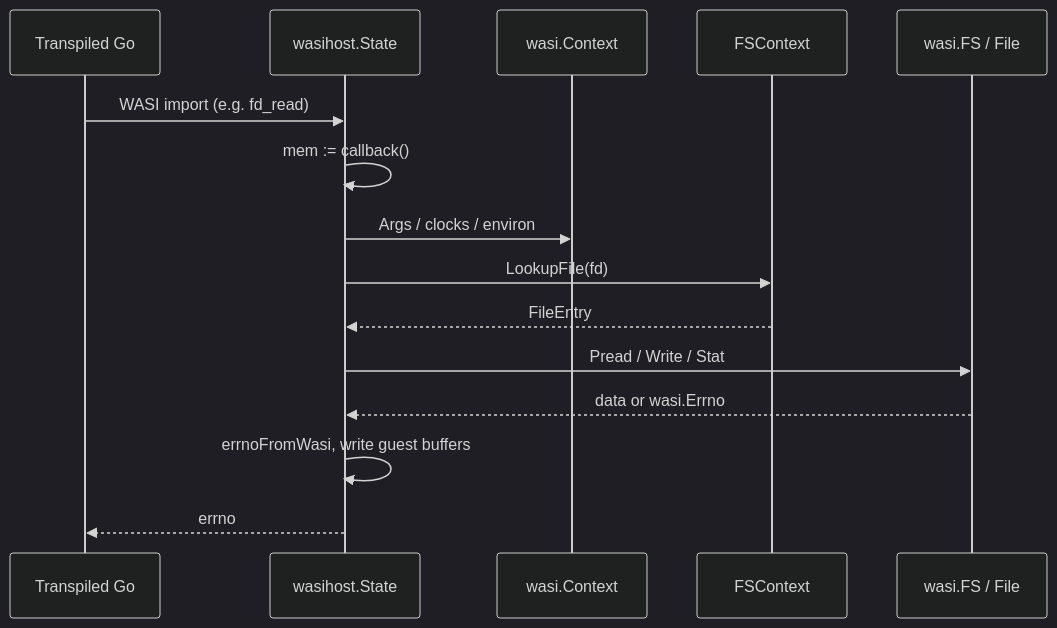
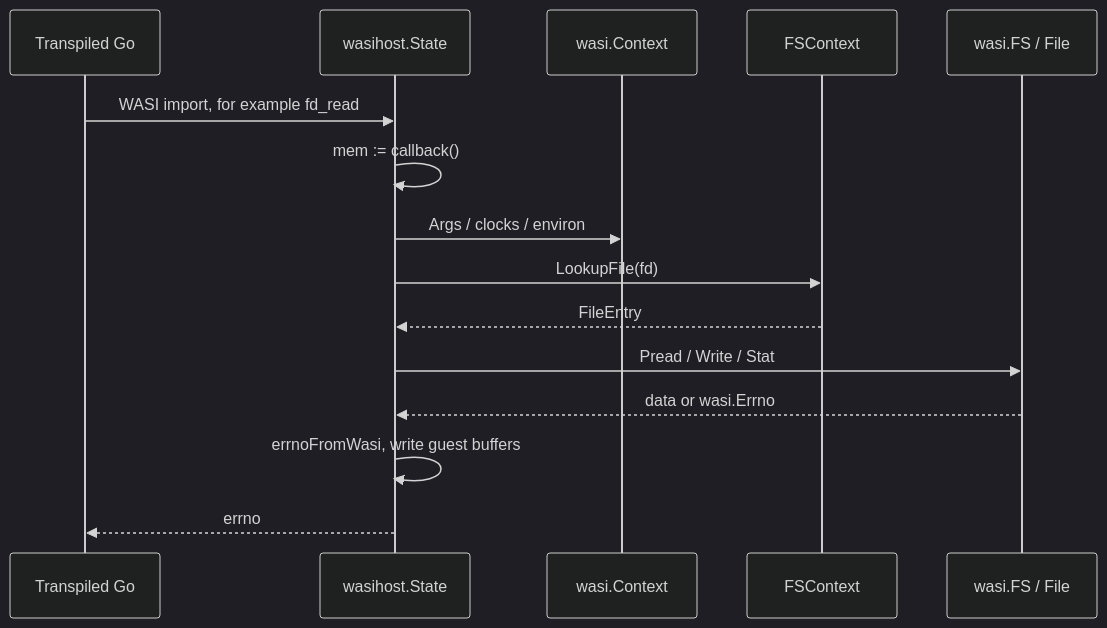
The first of 3 diagrams in ARCHITECTURE.md (lbe/wasm2go-wasi-host), drawn with Mermaid (dark theme) before and after one commit. The commit also changed other lines of this file and 41 other files, not shown here.

````diff
--- a/ARCHITECTURE.md
+++ b/ARCHITECTURE.md
@@ -65,18 +79,18 @@
 ```mermaid
 sequenceDiagram
     participant Guest as Transpiled Go
     participant Host as wasihost.State
     participant Ctx as wasi.Context
     participant FSC as FSContext
     participant VFS as wasi.FS / File
 
-    Guest->>Host: WASI import (e.g. fd_read)
+    Guest->>Host: WASI import, for example fd_read
     Host->>Host: mem := callback()
     Host->>Ctx: Args / clocks / environ
     Host->>FSC: LookupFile(fd)
     FSC-->>Host: FileEntry
     Host->>VFS: Pread / Write / Stat
     VFS-->>Host: data or wasi.Errno
     Host->>Host: errnoFromWasi, write guest buffers
     Host-->>Guest: errno
 ```
````
